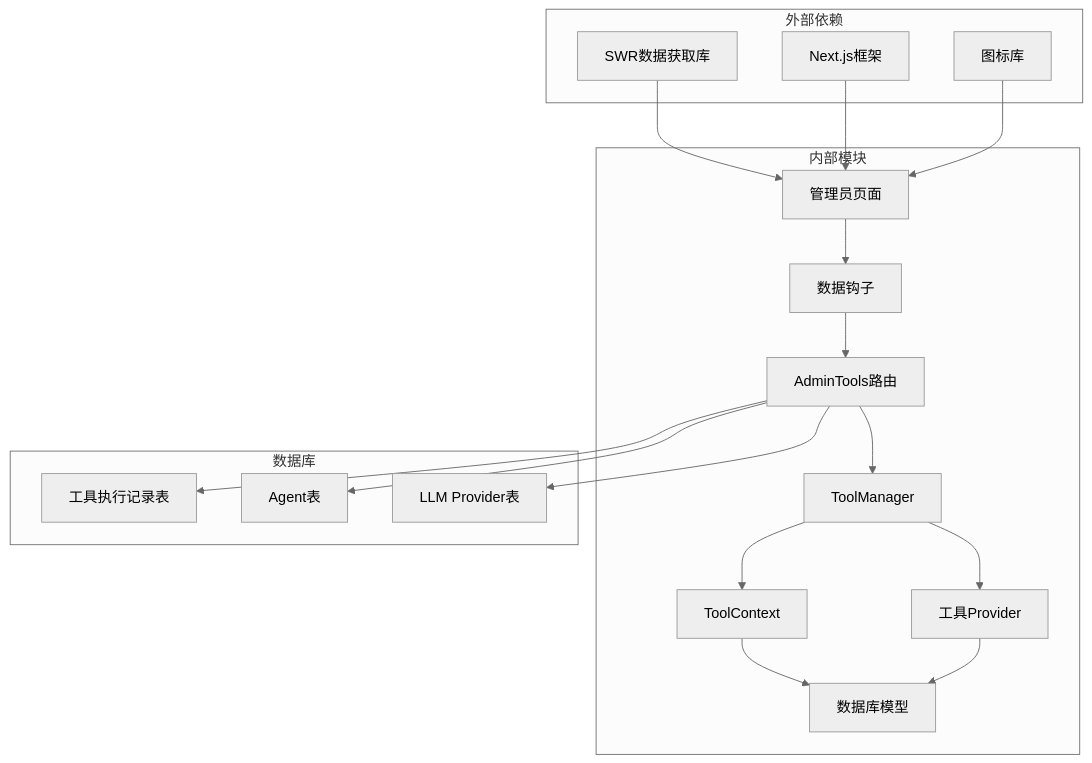
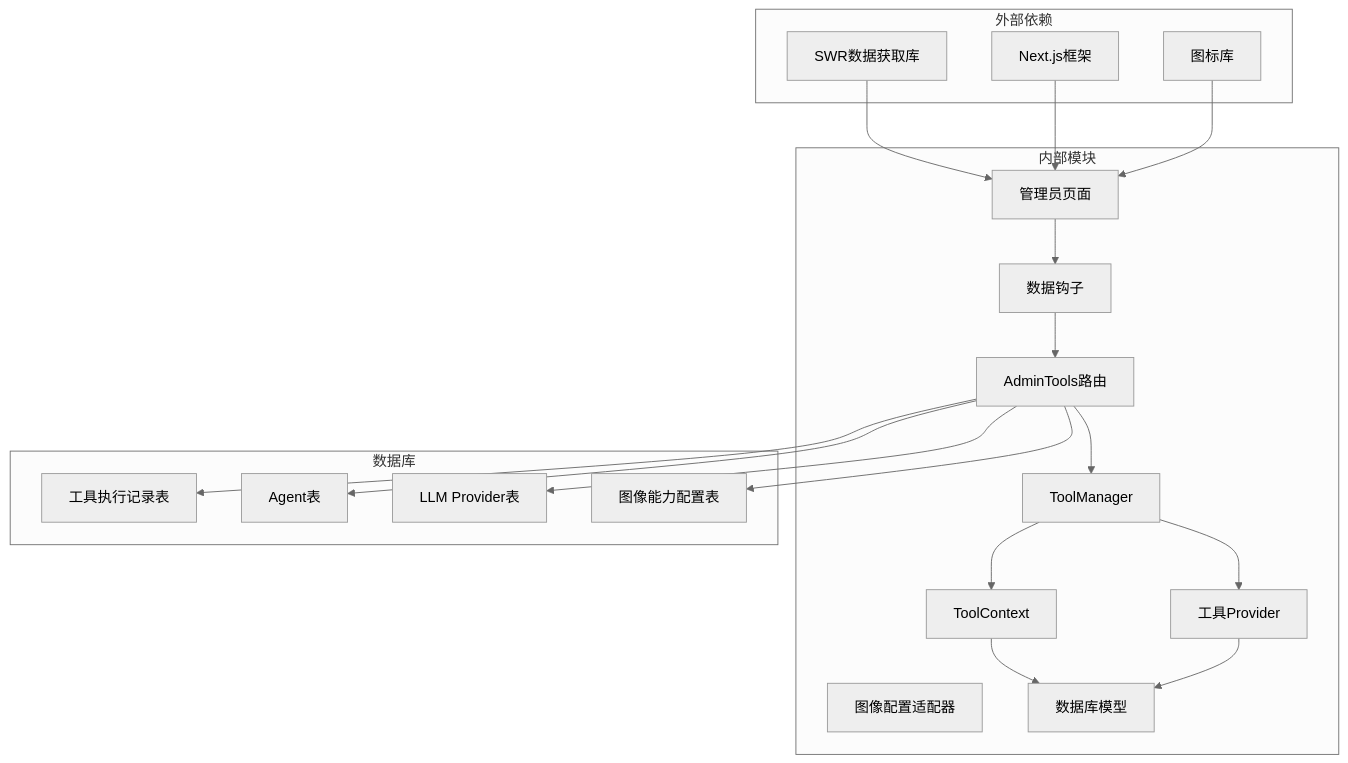
Before and after one commit to KunLabAI/KunFlix: the ninth of 9 diagrams in .qoder/repowiki/zh/content/管理员后台系统/管理员工具管理.md, drawn with Mermaid (neutral theme). The commit also changed other lines of this file and 13 other files, not shown here.

````diff
--- a/.qoder/repowiki/zh/content/管理员后台系统/管理员工具管理.md
+++ b/.qoder/repowiki/zh/content/管理员后台系统/管理员工具管理.md
@@ -372,35 +460,38 @@
 ```mermaid
 graph TB
 subgraph "外部依赖"
 SWR[SWR数据获取库]
 NextJS[Next.js框架]
 Lucide[图标库]
 end
 subgraph "内部模块"
 AdminPage[管理员页面]
 Hooks[数据钩子]
 Router[AdminTools路由]
 Manager[ToolManager]
 Providers[工具Provider]
 Context[ToolContext]
+ImageAdapter[图像配置适配器]
 Models[数据库模型]
 end
 subgraph "数据库"
 ToolExecutions[工具执行记录表]
 Agents[Agent表]
 LLMProviders[LLM Provider表]
+ImageCapabilities[图像能力配置表]
 end
 SWR --> AdminPage
 NextJS --> AdminPage
 Lucide --> AdminPage
 AdminPage --> Hooks
 Hooks --> Router
 Router --> Manager
 Manager --> Providers
 Manager --> Context
 Context --> Models
 Providers --> Models
 Router --> ToolExecutions
 Router --> Agents
 Router --> LLMProviders
+Router --> ImageCapabilities
 ```
````
